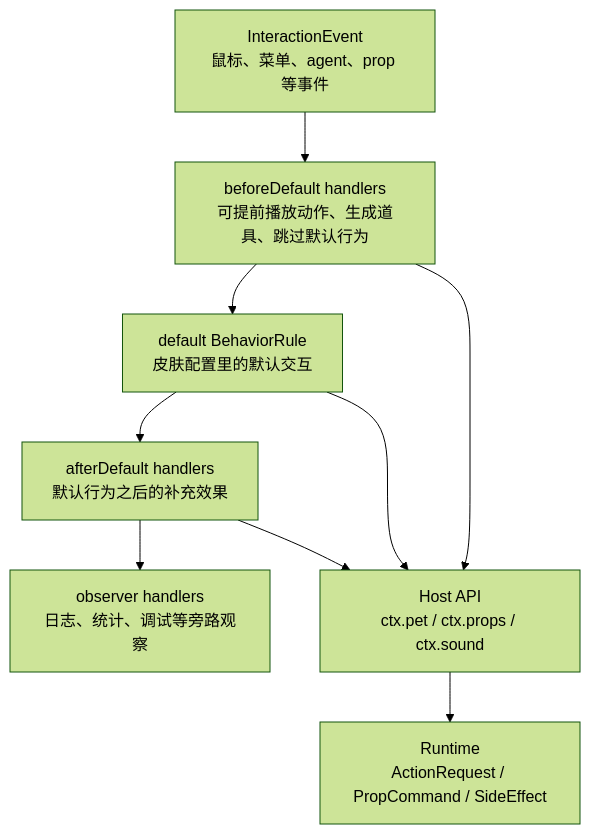
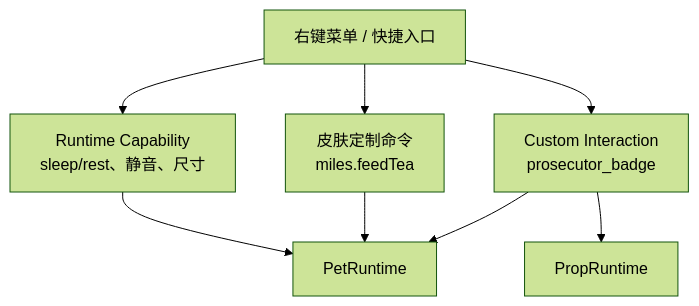
One commit to tiantian180/MilesEdgeworth changed the third of 4 diagrams in docs/v2/设计方案/皮肤包播放行为设计.md. Above: the diagram before and after it, drawn with Mermaid (forest theme). The commit also changed other lines of this file and 19 other files, not shown here.

Commit message:
refactor: clean menu interaction boundaries

````diff
--- a/docs/v2/设计方案/皮肤包播放行为设计.md
+++ b/docs/v2/设计方案/皮肤包播放行为设计.md
@@ -794,16 +322,14 @@
 ```mermaid
 flowchart TD
-    EVT["InteractionEvent<br/>鼠标、菜单、agent、prop 等事件"]
-    BEFORE["beforeDefault handlers<br/>可提前播放动作、生成道具、跳过默认行为"]
-    DEFAULT["default BehaviorRule<br/>皮肤配置里的默认交互"]
-    AFTER["afterDefault handlers<br/>默认行为之后的补充效果"]
-    OBS["observer handlers<br/>日志、统计、调试等旁路观察"]
-    HOST["Host API<br/>ctx.pet / ctx.props / ctx.sound"]
-    RUNTIME["Runtime<br/>ActionRequest / PropCommand / SideEffect"]
+    Menu["右键菜单 / 快捷入口"]
+    Capability["Runtime Capability<br/>sleep/rest、静音、尺寸"]
+    SkinCommand["皮肤定制命令<br/>miles.feedTea"]
+    Custom["Custom Interaction<br/>prosecutor_badge"]
+    Runtime["PetRuntime"]
+    Prop["PropRuntime"]
 
-    EVT --> BEFORE --> DEFAULT --> AFTER --> OBS
-    BEFORE --> HOST
-    DEFAULT --> HOST
-    AFTER --> HOST
-    HOST --> RUNTIME
+    Menu --> Capability --> Runtime
+    Menu --> SkinCommand --> Runtime
+    Menu --> Custom --> Runtime
+    Custom --> Prop
 ```
````
